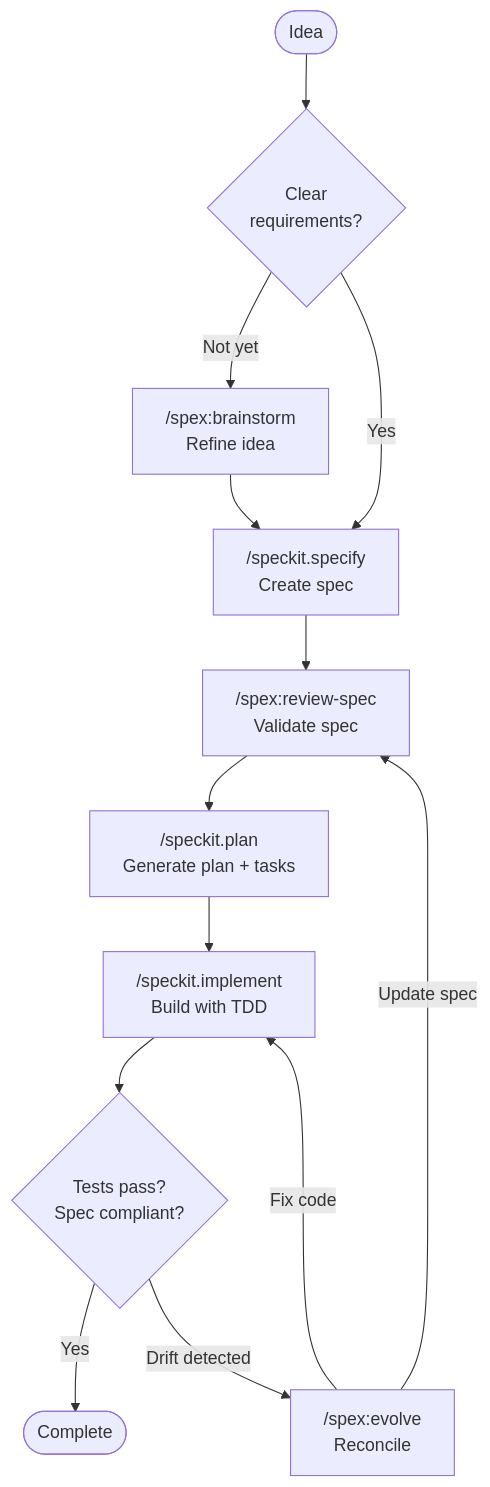
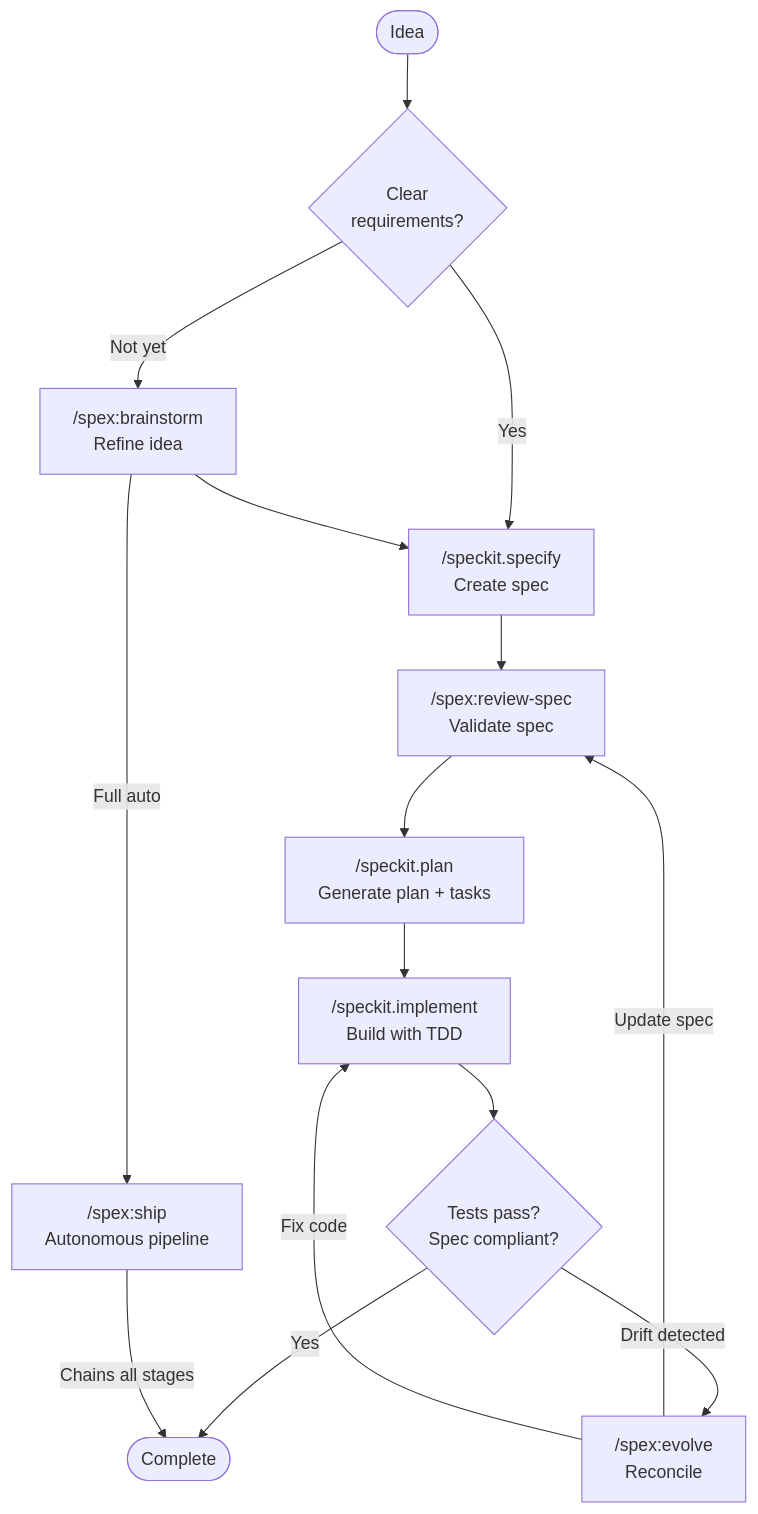
The diagram in README.md (rhuss/cc-sdd), drawn with Mermaid before and after one commit. The commit also changed other lines of this file and 2 other files, not shown here.

Commit message:
Add spex:ship command for autocompletion and update docs
The ship skill existed but had no command file, so it wasn't
discoverable via slash command autocompletion. Added the command
file and updated README.md workflow diagram and help docs.

````diff
--- a/README.md
+++ b/README.md
@@ -24,22 +24,25 @@
 ```mermaid
 flowchart TD
     Start([Idea]) --> HasClarity{Clear<br>requirements?}
 
     HasClarity -->|Not yet| Brainstorm["/spex:brainstorm<br>Refine idea"]
     HasClarity -->|Yes| Specify["/speckit.specify<br>Create spec"]
 
     Brainstorm --> Specify
+    Brainstorm -->|Full auto| Ship["/spex:ship<br>Autonomous pipeline"]
 
     Specify --> Review["/spex:review-spec<br>Validate spec"]
     Review --> Plan["/speckit.plan<br>Generate plan + tasks"]
     Plan --> Implement["/speckit.implement<br>Build with TDD"]
 
     Implement --> Verify{Tests pass?<br>Spec compliant?}
 
     Verify -->|Yes| Done([Complete])
     Verify -->|Drift detected| Evolve["/spex:evolve<br>Reconcile"]
 
     Evolve -->|Update spec| Review
     Evolve -->|Fix code| Implement
 
+    Ship -->|Chains all stages| Done
+
 ```
````
